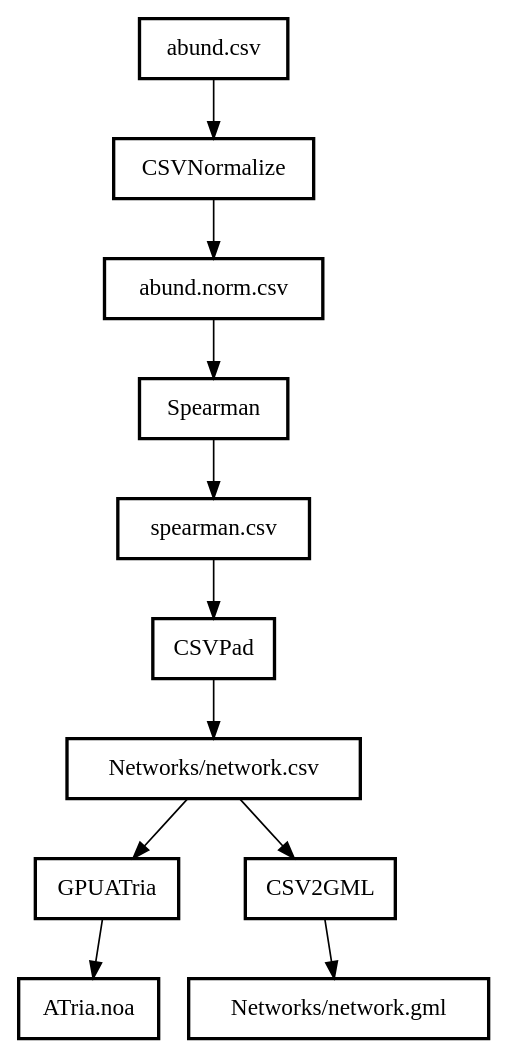
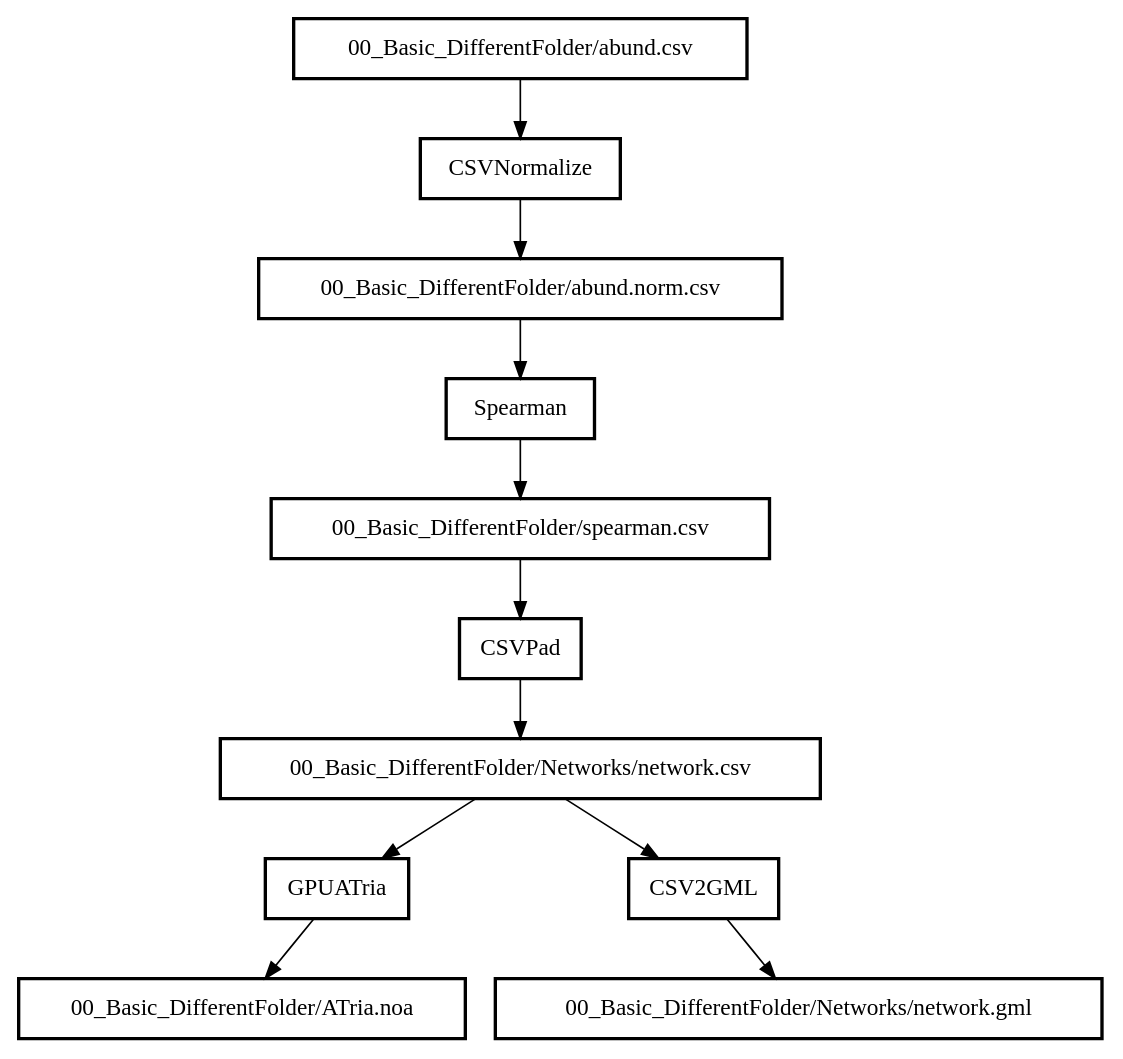
Before and after one commit to movingpictures83/PipeViz: the diagram in 00_Basic_DifferentFolder/expected.dot, drawn with Graphviz. The commit also changed 5 other files, not shown here.

```diff
--- a/00_Basic_DifferentFolder/expected.dot
+++ b/00_Basic_DifferentFolder/expected.dot
@@ -1,8 +1,8 @@
 digraph G {
 	node [style=bold, shape=box];
-	"abund.csv"->"CSVNormalize"->"abund.norm.csv";
-	"abund.norm.csv"->"Spearman"->"spearman.csv";
-	"spearman.csv"->"CSVPad"->"Networks/network.csv";
-	"Networks/network.csv"->"GPUATria"->"ATria.noa";
-	"Networks/network.csv"->"CSV2GML"->"Networks/network.gml";
+	"00_Basic_DifferentFolder/abund.csv"->"CSVNormalize"->"00_Basic_DifferentFolder/abund.norm.csv";
+	"00_Basic_DifferentFolder/abund.norm.csv"->"Spearman"->"00_Basic_DifferentFolder/spearman.csv";
+	"00_Basic_DifferentFolder/spearman.csv"->"CSVPad"->"00_Basic_DifferentFolder/Networks/network.csv";
+	"00_Basic_DifferentFolder/Networks/network.csv"->"GPUATria"->"00_Basic_DifferentFolder/ATria.noa";
+	"00_Basic_DifferentFolder/Networks/network.csv"->"CSV2GML"->"00_Basic_DifferentFolder/Networks/network.gml";
 }
```
